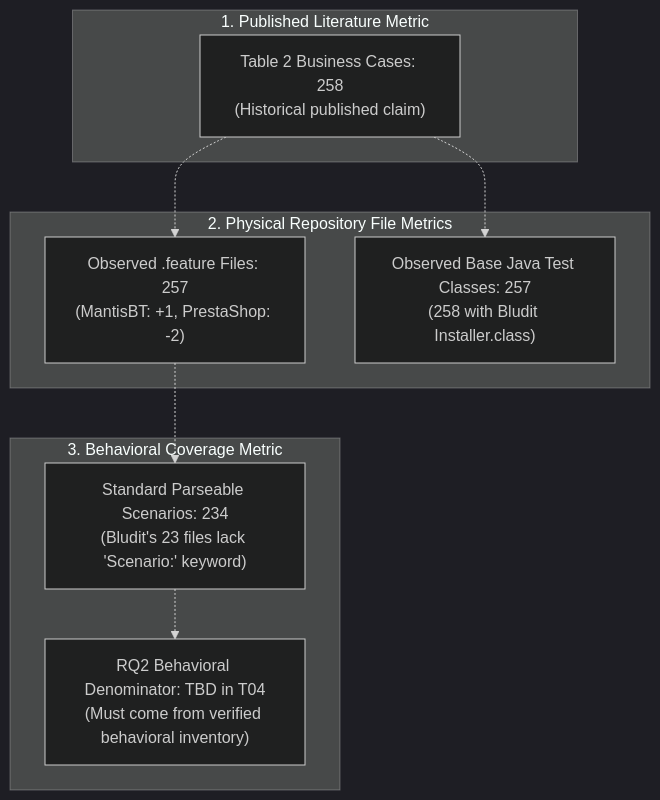
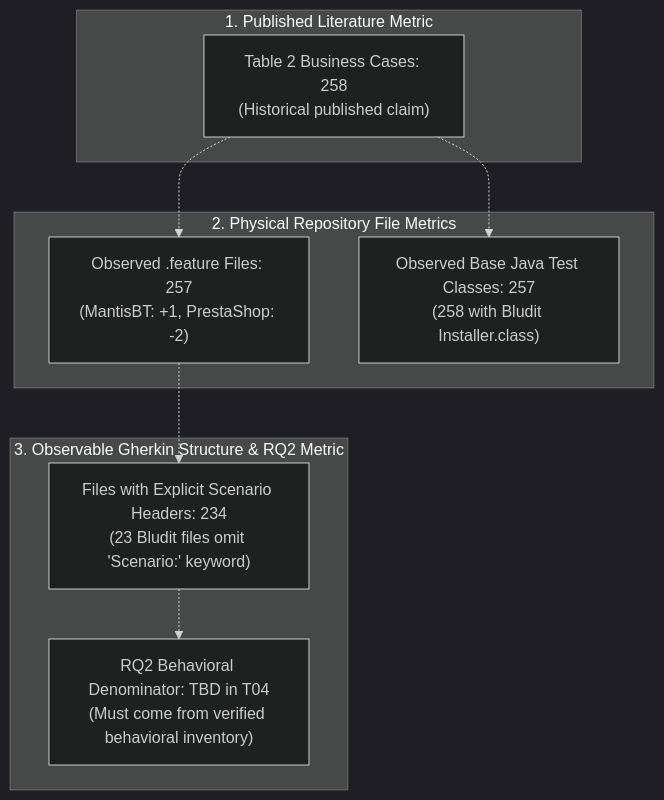
One commit to NgaiLong49423/BEWT-CovExt changed the diagram in docs/tasks/T02/BASELINE-INVENTORY.md. Above: the diagram before and after it, drawn with Mermaid (dark theme). The commit also changed other lines of this file and 9 other files, not shown here.

````diff
--- a/docs/tasks/T02/BASELINE-INVENTORY.md
+++ b/docs/tasks/T02/BASELINE-INVENTORY.md
@@ -19,21 +19,21 @@
 ```mermaid
 flowchart TD
     subgraph Literature["1. Published Literature Metric"]
         LitCases["Table 2 Business Cases: 258<br/>(Historical published claim)"]
     end
 
     subgraph PhysicalRepo["2. Physical Repository File Metrics"]
         GherkinFiles["Observed .feature Files: 257<br/>(MantisBT: +1, PrestaShop: -2)"]
         JavaClasses["Observed Base Java Test Classes: 257<br/>(258 with Bludit Installer.class)"]
     end
 
-    subgraph BehaviorMetric["3. Behavioral Coverage Metric"]
-        ParsedScenarios["Standard Parseable Scenarios: 234<br/>(Bludit's 23 files lack 'Scenario:' keyword)"]
+    subgraph BehaviorMetric["3. Observable Gherkin Structure & RQ2 Metric"]
+        ParsedScenarios["Files with Explicit Scenario Headers: 234<br/>(23 Bludit files omit 'Scenario:' keyword)"]
         RQ2Denominator["RQ2 Behavioral Denominator: TBD in T04<br/>(Must come from verified behavioral inventory)"]
     end
 
     LitCases -.-> GherkinFiles
     LitCases -.-> JavaClasses
     GherkinFiles -.-> ParsedScenarios
     ParsedScenarios -.-> RQ2Denominator
 ```
````
